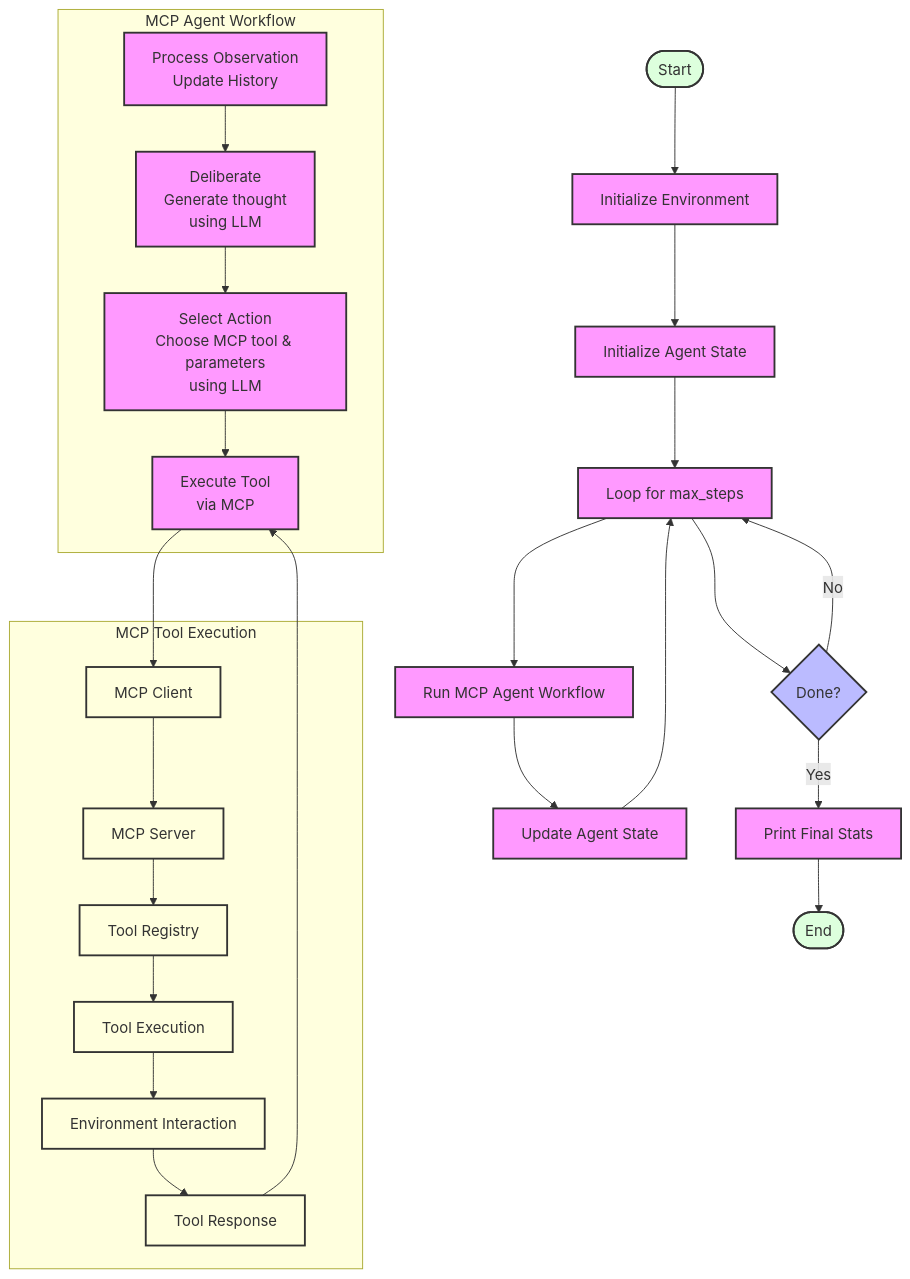
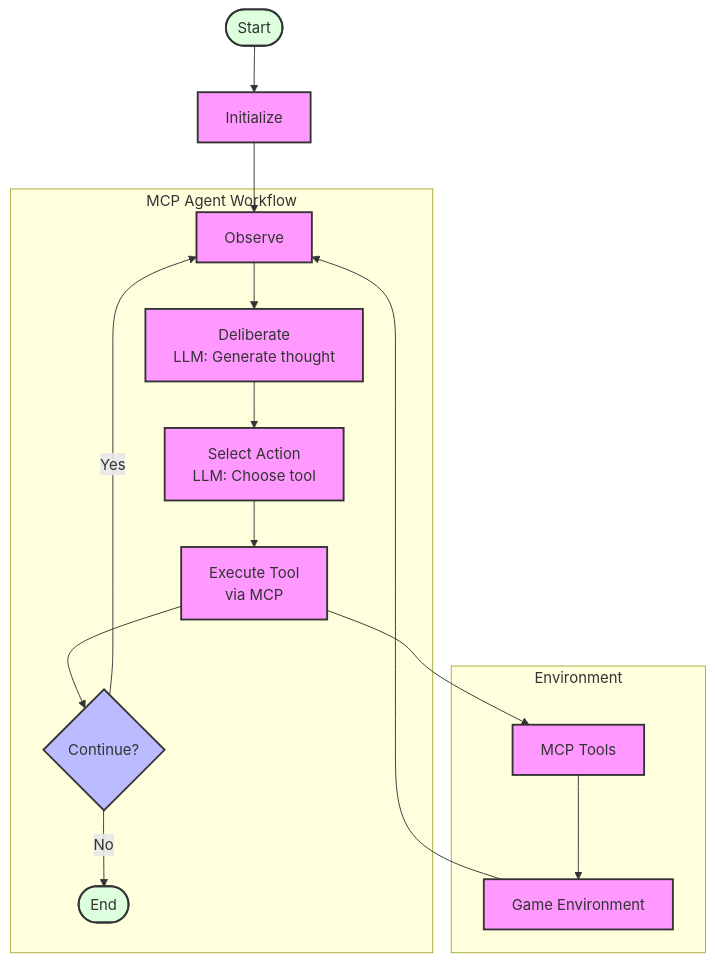
Before and after one commit to sep/ai-agent-zork: the diagram in src/agent/mcp/README.md, drawn with Mermaid. The commit also changed 2 other files, not shown here.

Commit message:
Simplify mermaid diagrams explaining each agent

````diff
--- a/src/agent/mcp/README.md
+++ b/src/agent/mcp/README.md
@@ -7,45 +7,32 @@
 ```mermaid
 graph TD
-    %% Main function loop
-    Start([Start]) --> InitEnv[Initialize Environment]
-    InitEnv --> InitState[Initialize Agent State]
-    InitState --> Loop[Loop for max_steps]
+    %% Main workflow
+    Start([Start]) --> Init[Initialize]
+    Init --> Observe[Observe]
     
     %% MCP Agent workflow
     subgraph "MCP Agent Workflow"
-        Observe[Process Observation<br/>Update History] --> Deliberate[Deliberate<br/>Generate thought<br/>using LLM]
-        Deliberate --> SelectAction[Select Action<br/>Choose MCP tool & parameters<br/>using LLM]
+        Observe --> Deliberate[Deliberate<br/>LLM: Generate thought]
+        Deliberate --> SelectAction[Select Action<br/>LLM: Choose tool]
         SelectAction --> ExecuteTool[Execute Tool<br/>via MCP]
+        ExecuteTool --> ShouldContinue{Continue?}
+        ShouldContinue -->|Yes| Observe
+        ShouldContinue -->|No| End([End])
     end
     
-    %% Function control flow
-    Loop --> InvokeWorkflow[Run MCP Agent Workflow]
-    InvokeWorkflow --> UpdateState[Update Agent State]
-    UpdateState --> Loop
-    Loop --> CheckEnd{Done?}
-    CheckEnd -->|Yes| FinalStats[Print Final Stats]
-    CheckEnd -->|No| Loop
-    FinalStats --> End([End])
-    
-    %% Environment interaction via MCP
-    subgraph "MCP Tool Execution"
-        ExecuteTool --> MCPClient[MCP Client]
-        MCPClient --> MCPServer[MCP Server]
-        MCPServer --> ToolRegistry[Tool Registry]
-        ToolRegistry --> ToolExecution[Tool Execution]
-        ToolExecution --> EnvInteraction[Environment Interaction]
-        EnvInteraction --> ToolResponse[Tool Response]
-        ToolResponse --> ExecuteTool
+    %% Environment interaction
+    subgraph "Environment"
+        ExecuteTool --> MCP[MCP Tools]
+        MCP --> Env[Game Environment]
+        Env --> Observe
     end
     
     %% Styling
     classDef process fill:#f9f,stroke:#333,stroke-width:2px
     classDef decision fill:#bbf,stroke:#333,stroke-width:2px
     classDef terminal fill:#dfd,stroke:#333,stroke-width:2px
-    classDef mcp fill:#ffd,stroke:#333,stroke-width:2px
     
     class Start,End terminal
-    class CheckEnd decision
-    class Observe,Deliberate,SelectAction,ExecuteTool,InitEnv,InitState,UpdateState,Loop,InvokeWorkflow,FinalStats process
-    class MCPClient,MCPServer,ToolRegistry,ToolExecution,EnvInteraction,ToolResponse mcp
+    class ShouldContinue decision
+    class Observe,Deliberate,SelectAction,ExecuteTool,Init,MCP,Env process
 ```
````
